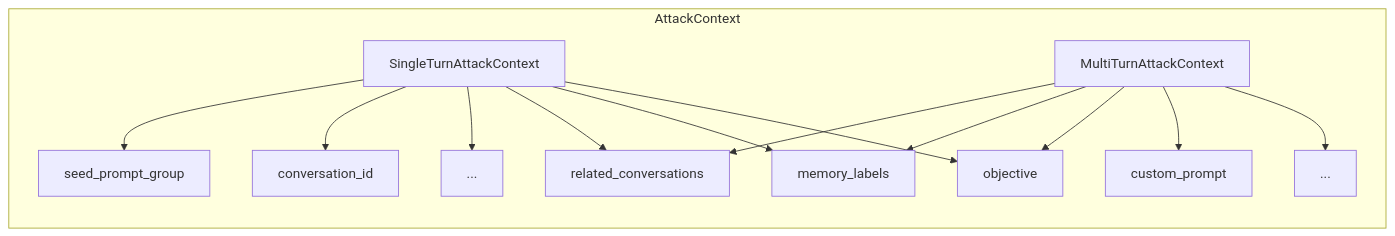
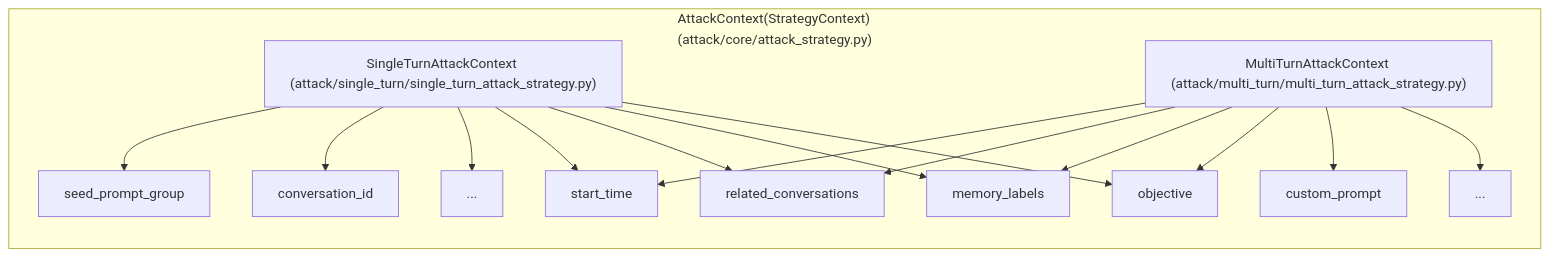
One commit to Azure/PyRIT changed the third of 5 diagrams in doc/code/executor/attack/0_attack.md. Above: the diagram before and after it, drawn with Mermaid. The commit also changed other lines of this file and 4 other files, not shown here.

Commit message:
Add top-level pages for executor, multi-turn/single-turn attacks, and workflows. Update attack to be accurate given recent changes

````diff
--- a/doc/code/executor/attack/0_attack.md
+++ b/doc/code/executor/attack/0_attack.md
@@ -46,27 +56,30 @@
 ```{mermaid}
 flowchart LR
-    subgraph AttackContext["AttackContext"]
-        C_s["SingleTurnAttackContext"]
+    subgraph AttackContext["AttackContext(StrategyContext) <br>(attack/core/attack_strategy.py)"]
+        C_s["SingleTurnAttackContext <br>(attack/single_turn/single_turn_attack_strategy.py)"]
         a["conversation_id"]
         b["seed_prompt_group"]
         c["..."]
-        C_m["MultiTurnAttackContext"]
+        C_m["MultiTurnAttackContext <br>(attack/multi_turn/multi_turn_attack_strategy.py)"]
         A["custom_prompt"]
         B["..."]
         C_o["objective"]
         C_mem["memory_labels"]
         C_rel["related_conversations"]
+        C_st["start_time"]
     end
 
     C_s-->C_o
     C_s-->C_mem
     C_s-->C_rel
+    C_s-->C_st
     C_m-->B
     C_m-->A
     C_s-->c
     C_s-->a
     C_s-->b
     C_m-->C_o
     C_m-->C_mem
     C_m-->C_rel
+    C_m-->C_st
 ```
````
